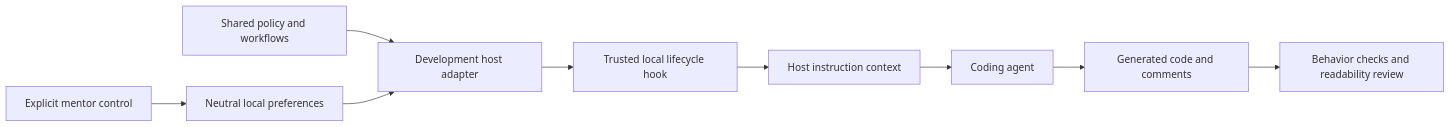
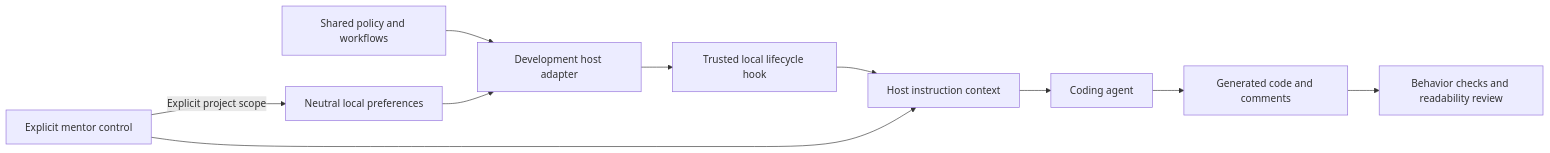
Before and after one commit to Stommasi19/Mentor: the diagram in docs/IMPLEMENTATION-PLAN.md, drawn with Mermaid. The commit also changed other lines of this file and 22 other files, not shown here.

````diff
--- a/docs/IMPLEMENTATION-PLAN.md
+++ b/docs/IMPLEMENTATION-PLAN.md
@@ -104,11 +110,12 @@
 ```mermaid
 flowchart LR
   Core[Shared policy and workflows] --> Adapter[Development host adapter]
   State[Neutral local preferences] --> Adapter
   Adapter --> Hook[Trusted local lifecycle hook]
   Hook --> Context[Host instruction context]
   Context --> Agent[Coding agent]
   Agent --> Code[Generated code and comments]
   Code --> Check[Behavior checks and readability review]
-  Control[Explicit mentor control] --> State
+  Control[Explicit mentor control] --> Context
+  Control -->|Explicit project scope| State
 ```
````
